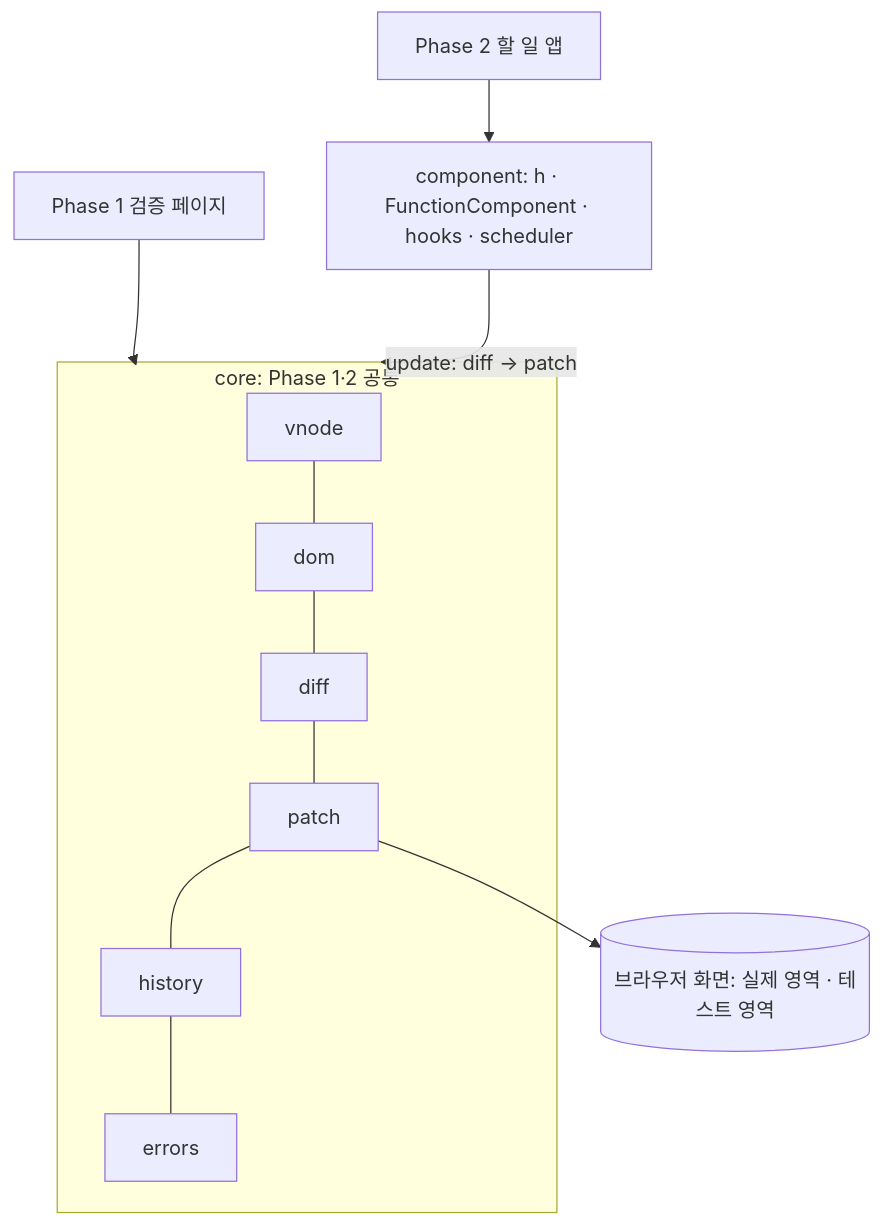
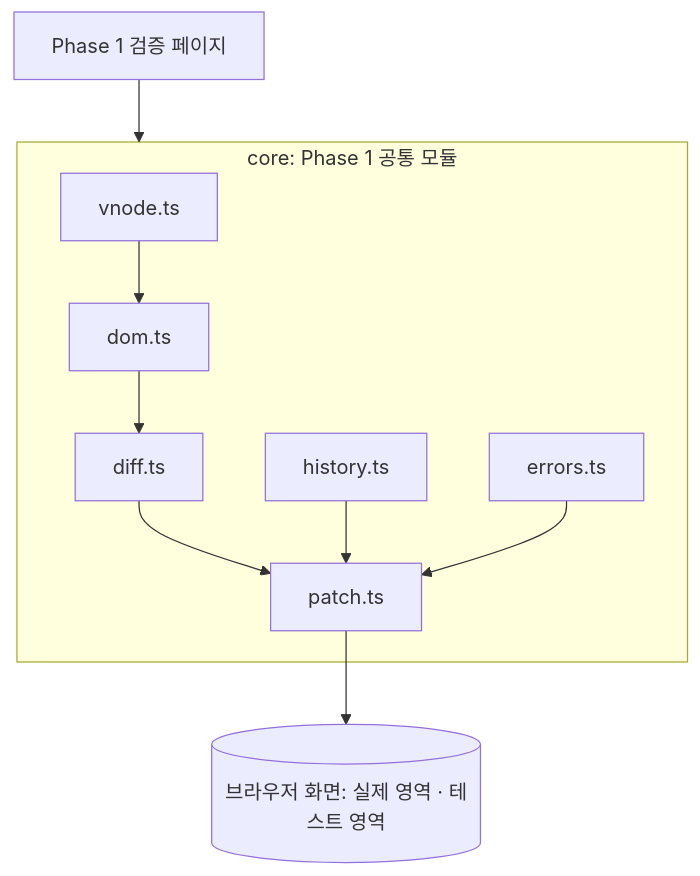
One commit to team1-mini-lab/mini-react changed the first of 2 diagrams in docs/SDD_one_page.md. Above: the diagram before and after it, drawn with Mermaid. The commit also changed other lines of this file, not shown here.

````diff
--- a/docs/SDD_one_page.md
+++ b/docs/SDD_one_page.md
@@ -44,10 +44,21 @@
 ```mermaid
 flowchart TD
-  P1[Phase 1 검증 페이지] --> CORE
-  P2[Phase 2 할 일 앱] --> COMP[component: h · FunctionComponent · hooks · scheduler]
-  COMP -->|update: diff → patch| CORE
-  subgraph CORE[core: Phase 1·2 공통]
-    vnode --- dom --- diff --- patch --- history --- errors
-  end
-  patch --> DOM[(브라우저 화면: 실제 영역 · 테스트 영역)]
+    P1[Phase 1 검증 페이지] --> CORE
+
+    subgraph CORE[core: Phase 1 공통 모듈]
+        VNODE[vnode.ts]
+        DOM[dom.ts]
+        DIFF[diff.ts]
+        PATCH[patch.ts]
+        HISTORY[history.ts]
+        ERRORS[errors.ts]
+
+        VNODE --> DOM
+        DOM --> DIFF
+        DIFF --> PATCH
+        HISTORY --> PATCH
+        ERRORS --> PATCH
+    end
+
+    PATCH --> BROWSER[(브라우저 화면: 실제 영역 · 테스트 영역)]
 ```
````
